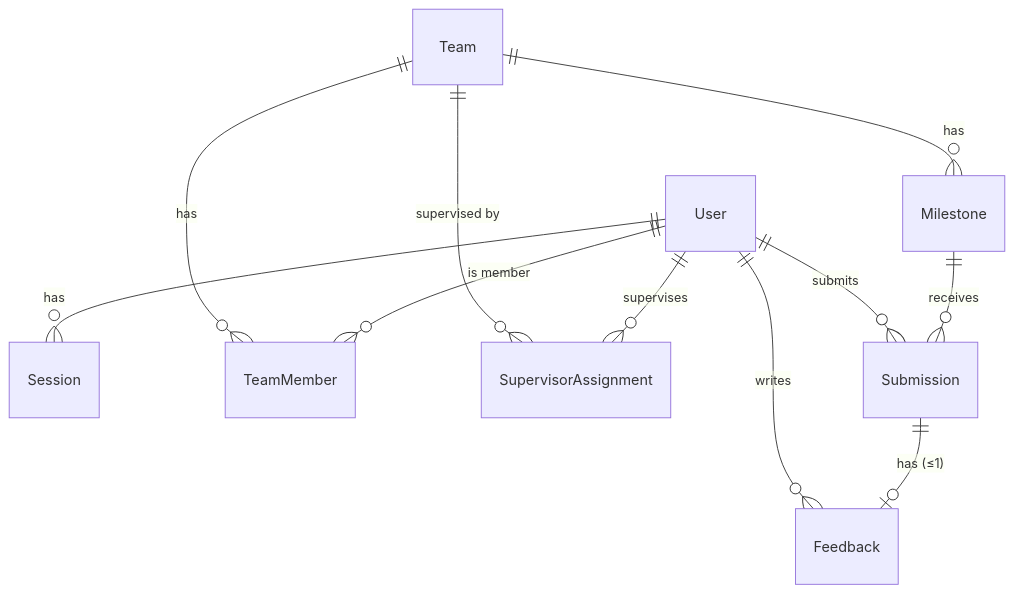
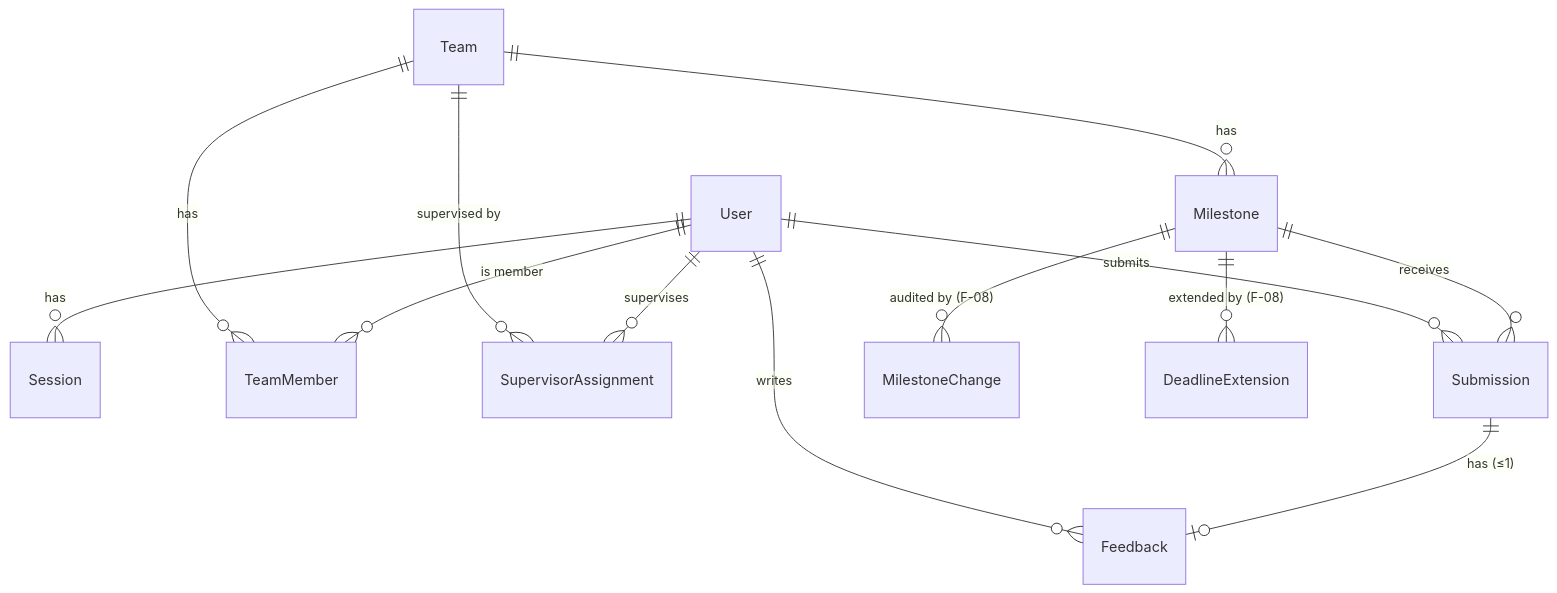
One commit to UsernameJillzaza/coursepm changed the second of 2 diagrams in docs/system-sds.md. Above: the diagram before and after it, drawn with Mermaid. The commit also changed other lines of this file and 2 other files, not shown here.

````diff
--- a/docs/system-sds.md
+++ b/docs/system-sds.md
@@ -59,13 +59,15 @@
 ```mermaid
 erDiagram
   User ||--o{ Session : has
   User ||--o{ TeamMember : "is member"
   User ||--o{ SupervisorAssignment : supervises
   Team ||--o{ TeamMember : has
   Team ||--o{ SupervisorAssignment : "supervised by"
   Team ||--o{ Milestone : has
   Milestone ||--o{ Submission : receives
   User ||--o{ Submission : submits
   Submission ||--o| Feedback : "has (≤1)"
   User ||--o{ Feedback : writes
+  Milestone ||--o{ MilestoneChange : "audited by (F-08)"
+  Milestone ||--o{ DeadlineExtension : "extended by (F-08)"
 ```
````
